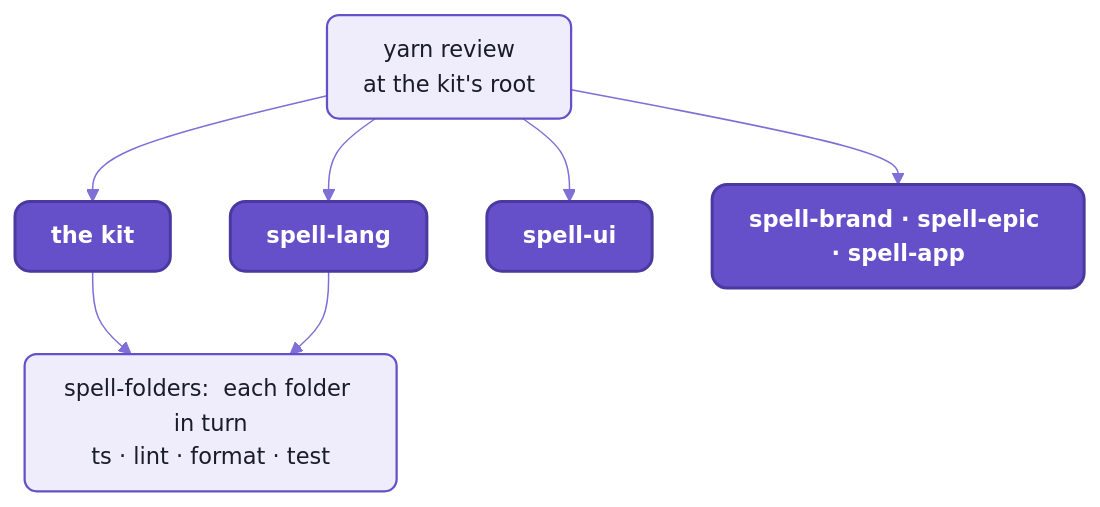
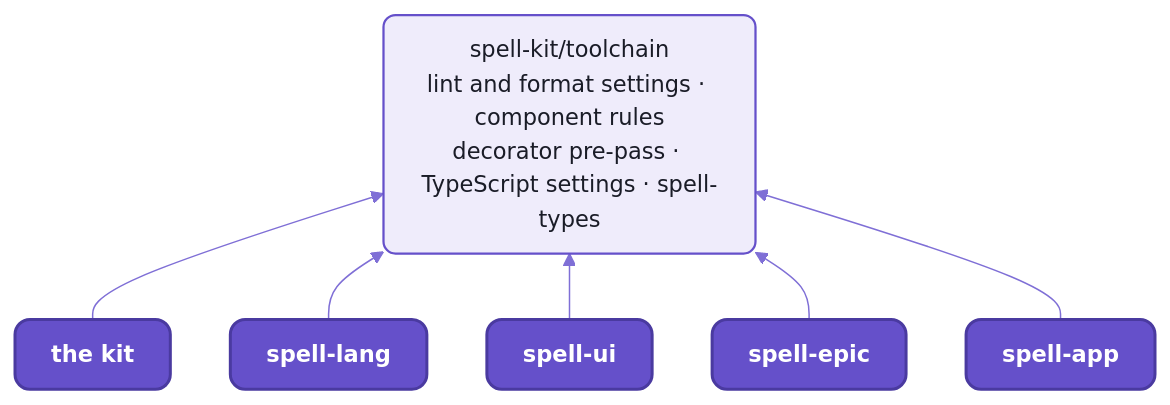
One commit to spell-app/spell changed the first of 2 diagrams in README-toolchain.md. Above: the diagram before and after it, drawn with Mermaid. The commit also changed other lines of this file and 12 other files, not shown here.

````diff
--- a/README-toolchain.md
+++ b/README-toolchain.md
@@ -17,14 +45,14 @@
 ```mermaid
 %%{init: {"theme":"base","themeVariables":{"fontFamily":"-apple-system, BlinkMacSystemFont, Segoe UI, Helvetica, Arial, sans-serif","fontSize":"15px","primaryColor":"#EFECFB","primaryBorderColor":"#6550CA","primaryTextColor":"#1A1C27","secondaryColor":"#F4F1E9","tertiaryColor":"#F7F6FC","lineColor":"#7F6FD6","textColor":"#7F6FD6","clusterBkg":"#F7F6FC","clusterBorder":"#B9B0E8","titleColor":"#1A1C27","edgeLabelBackground":"#F7F6FC","actorBkg":"#EFECFB","actorBorder":"#6550CA","actorTextColor":"#1A1C27","actorLineColor":"#9C90DE","signalColor":"#7F6FD6","signalTextColor":"#7F6FD6","labelBoxBkgColor":"#EFECFB","labelBoxBorderColor":"#6550CA","labelTextColor":"#1A1C27","loopTextColor":"#7F6FD6","noteBkgColor":"#F1E7D4","noteBorderColor":"#C9B48A","noteTextColor":"#1A1C27","activationBkgColor":"#DCD6F7","activationBorderColor":"#6550CA","sequenceNumberColor":"#FFFFFF"},"flowchart":{"curve":"basis","padding":12,"nodeSpacing":40,"rankSpacing":44}}}%%
-flowchart TB
-  review["yarn review<br/>at the kit's root"] --> kit[the kit]
-  review --> lang[spell-lang]
-  review --> ui[spell-ui]
-  review --> more["spell-brand · spell-epic · spell-app"]
-  kit --> folders["spell-folders:  each folder in turn<br/>ts · lint · format · test"]
-  lang --> folders
+flowchart BT
+  toolchain["spell-kit/toolchain<br/>lint and format settings · component rules<br/>decorator pre-pass · TypeScript settings · spell-types"]
+  kit["the kit"] --> toolchain
+  lang["spell-lang"] --> toolchain
+  ui["spell-ui"] --> toolchain
+  epic["spell-epic"] --> toolchain
+  app["spell-app"] --> toolchain
   %% the Spell look:  yarn mermaid:pretty
   classDef default fill:#EFECFB,stroke:#6550CA,stroke-width:1.5px,color:#1A1C27,rx:8px,ry:8px
   classDef repo fill:#6550CA,stroke:#4A3AA0,stroke-width:2px,color:#FFFFFF,rx:10px,ry:10px,font-weight:600
-  class kit,lang,ui,more repo
+  class kit,lang,ui,epic,app repo
 ```
````
